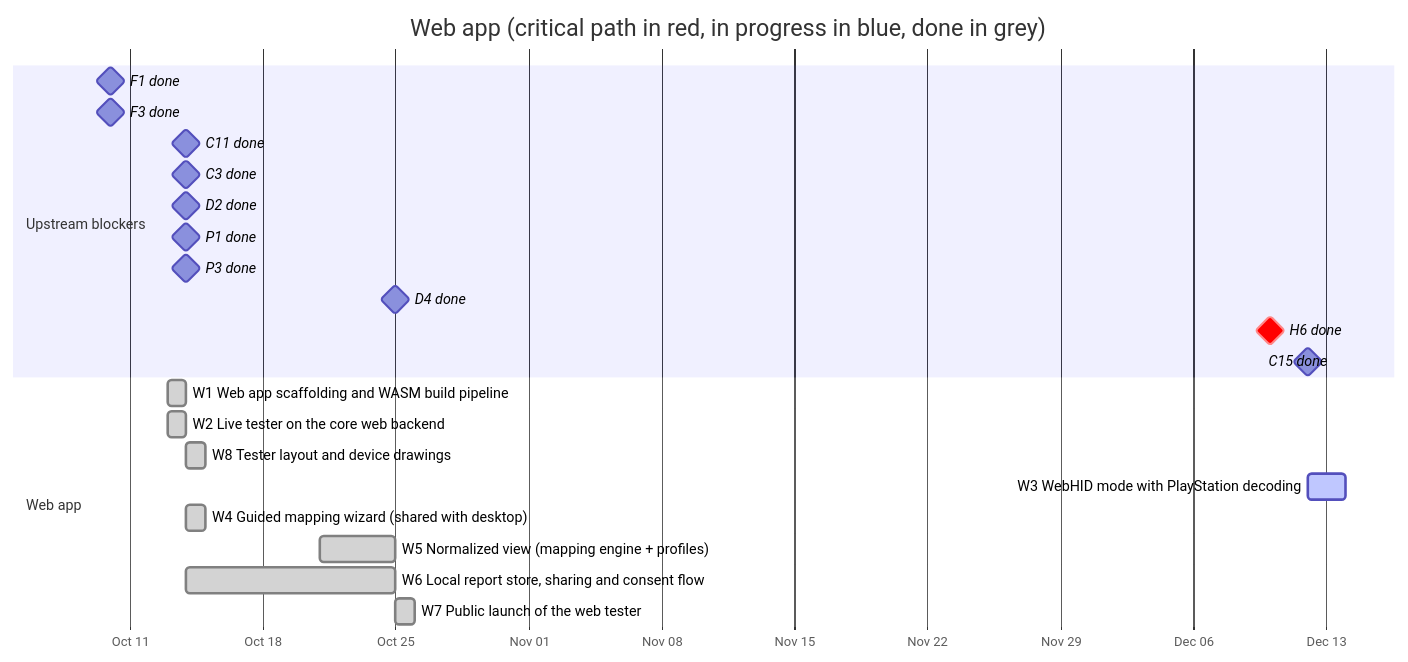
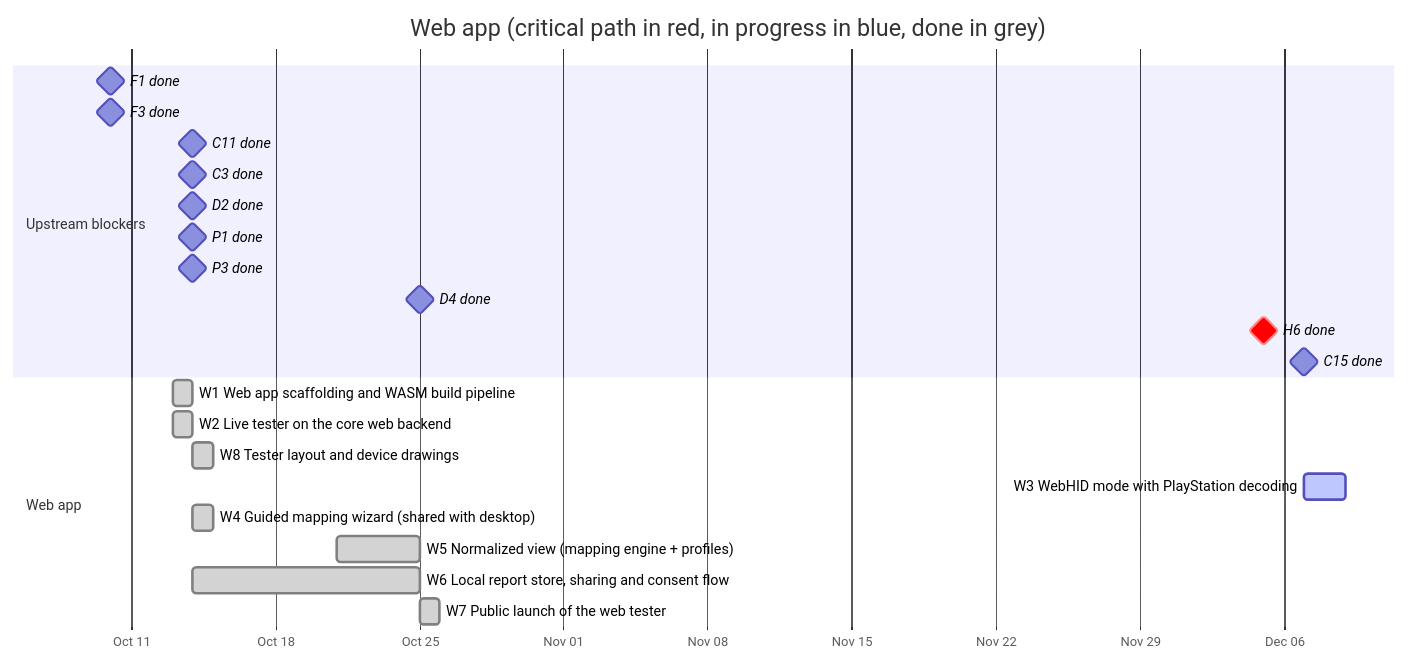
Before and after one commit to anygamepad/anygamepad.github.io: the diagram in ROADMAP/2026-10-31/04-web-app.md, drawn with Mermaid. The commit also changed other lines of this file and 19 other files, not shown here.

````diff
--- a/ROADMAP/2026-10-31/04-web-app.md
+++ b/ROADMAP/2026-10-31/04-web-app.md
@@ -24,26 +24,26 @@
 ```mermaid
 gantt
     dateFormat YYYY-MM-DD
     axisFormat %b %d
     title Web app (critical path in red, in progress in blue, done in grey)
     section Upstream blockers
     F1 done :milestone, f1, 2026-10-10, 0d
     F3 done :milestone, f3, 2026-10-10, 0d
     C11 done :milestone, c11, 2026-10-14, 0d
     C3 done :milestone, c3, 2026-10-14, 0d
     D2 done :milestone, d2, 2026-10-14, 0d
     P1 done :milestone, p1, 2026-10-14, 0d
     P3 done :milestone, p3, 2026-10-14, 0d
     D4 done :milestone, d4, 2026-10-25, 0d
-    H6 done :milestone, crit, h6, 2026-12-10, 0d
-    C15 done :milestone, c15, 2026-12-12, 0d
+    H6 done :milestone, crit, h6, 2026-12-05, 0d
+    C15 done :milestone, c15, 2026-12-07, 0d
     section Web app
     W1 Web app scaffolding and WASM build pipeline :done, w1, 2026-10-13, 1d
     W2 Live tester on the core web backend :done, w2, 2026-10-13, 1d
     W8 Tester layout and device drawings :done, w8, 2026-10-14, 1d
     W3 WebHID mode with PlayStation decoding :active, w3, after w2 c15 w8 h6, 2d
     W4 Guided mapping wizard (shared with desktop) :done, w4, 2026-10-14, 1d
     W5 Normalized view (mapping engine + profiles) :done, w5, 2026-10-21, 4d
     W6 Local report store, sharing and consent flow :done, w6, 2026-10-14, 11d
     W7 Public launch of the web tester :done, w7, 2026-10-25, 1d
 ```
````
